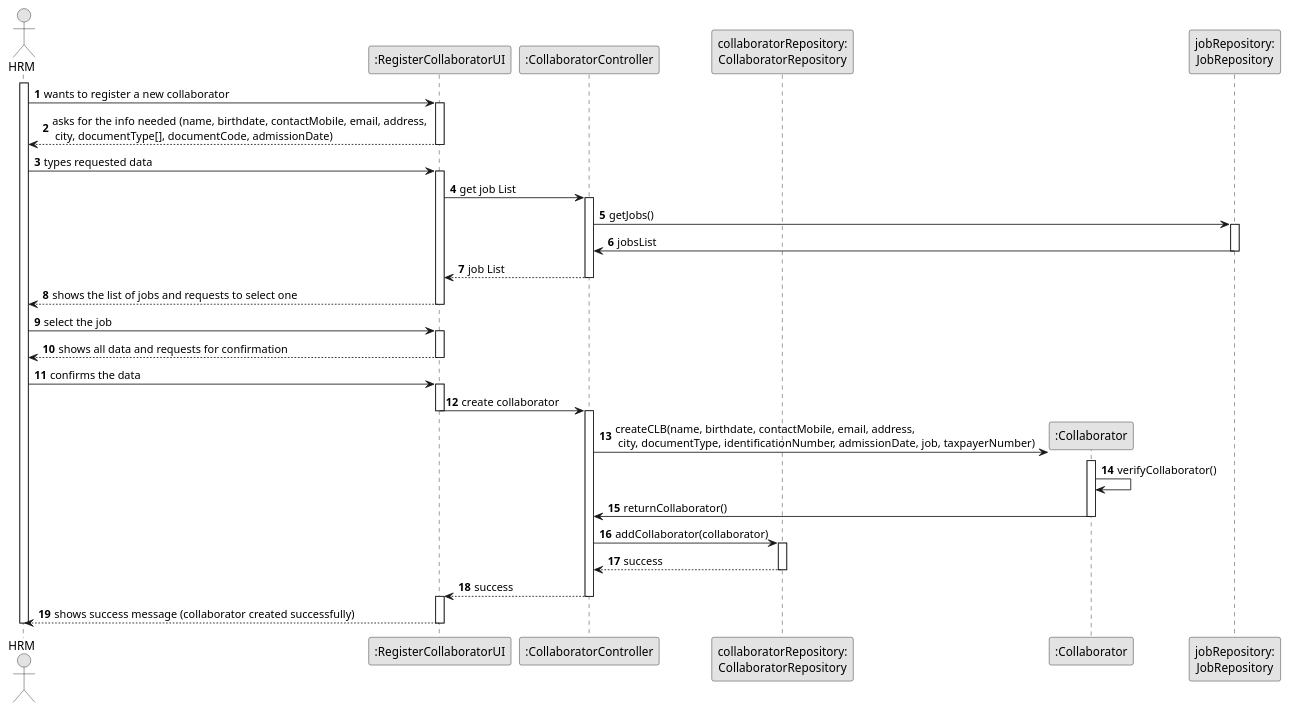
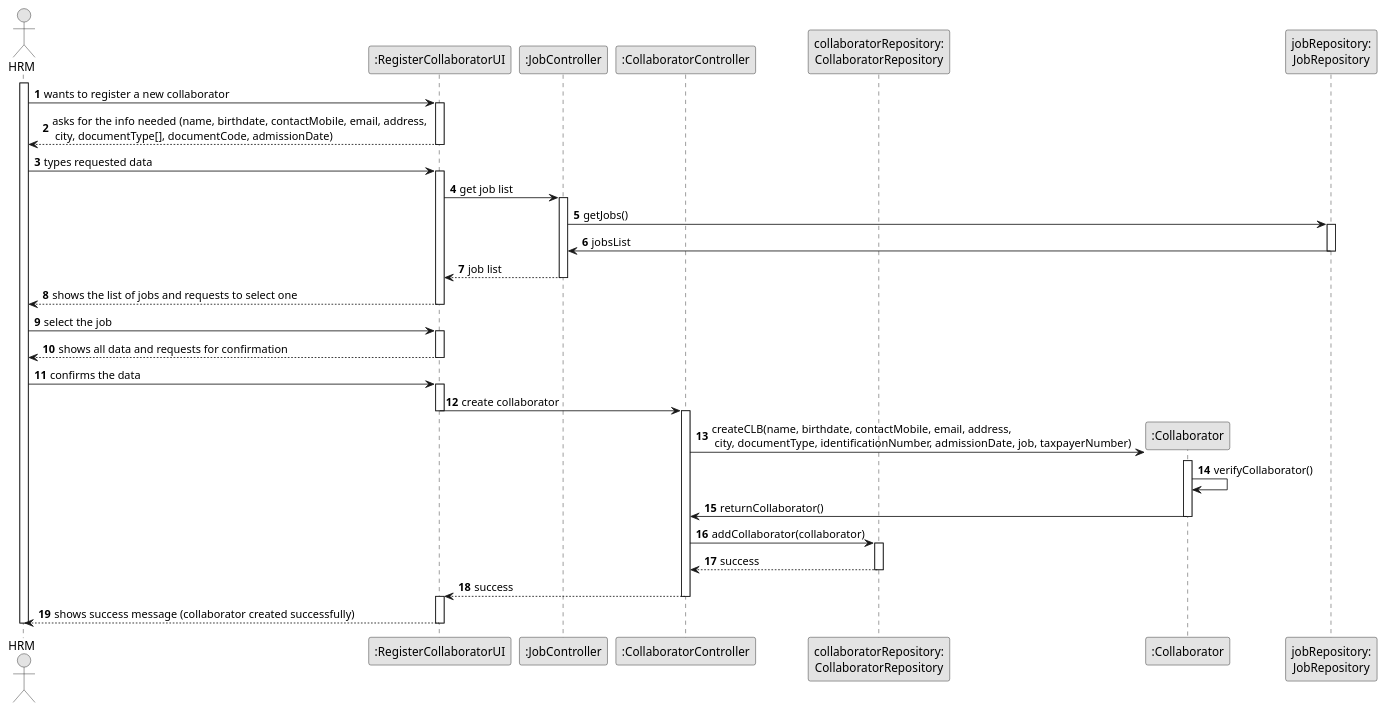
The diagram in docs/sprintB/us003/03.design/puml/us003-sequence-diagram-full.puml (RicardoMorim/lapr2-ISEP-Project), drawn with PlantUML before and after one commit. The commit also changed 3 other files, not shown here.

Commit message:
Updated design of US003 (sequence-diagram-full / sequence-diagram-parcial-get-job-list / sequence-diagram-parcial-register-collab)

```diff
--- a/docs/sprintB/us003/03.design/puml/us003-sequence-diagram-full.puml
+++ b/docs/sprintB/us003/03.design/puml/us003-sequence-diagram-full.puml
@@ -1,89 +1,90 @@
 @startuml
 skinparam monochrome true
 skinparam packageStyle rectangle
 skinparam shadowing false
 
 autonumber
 
 actor "HRM" as HRM
 participant ":RegisterCollaboratorUI" as UI
+participant ":JobController" as JC
 participant ":CollaboratorController" as CTRL
 participant "collaboratorRepository:\nCollaboratorRepository" as CLBREP
 participant ":Collaborator" as CLB
 participant "jobRepository:\nJobRepository" as jobRepository
 
 
 activate HRM
 
         HRM -> UI : wants to register a new collaborator
         activate UI
 
         UI --> HRM : asks for the info needed (name, birthdate, contactMobile, email, address, \n city, documentType[], documentCode, admissionDate)
         deactivate UI
 
         HRM -> UI : types requested data
         activate UI
 
-        UI -> CTRL: get job List
+        UI -> JC: get job list
 
 
-        activate CTRL
+        activate JC
 
-            CTRL -> jobRepository : getJobs()
+            JC -> jobRepository : getJobs()
             activate jobRepository
 
-            jobRepository -> CTRL : jobsList
+            jobRepository -> JC : jobsList
             deactivate jobRepository
 
 
-            CTRL --> UI : job List
-        deactivate CTRL
+            JC --> UI : job list
+        deactivate JC
 
 
 
         UI --> HRM : shows the list of jobs and requests to select one
         deactivate UI
 
 
         HRM -> UI : select the job
         activate UI
 
         UI --> HRM: shows all data and requests for confirmation
         deactivate UI
 
         HRM -> UI: confirms the data
         activate UI
 
         UI -> CTRL : create collaborator
 
         deactivate UI
 
         activate CTRL
 
             CTRL -> CLB** : createCLB(name, birthdate, contactMobile, email, address,\n city, documentType, identificationNumber, admissionDate, job, taxpayerNumber)
 
                 activate CLB
                     CLB -> CLB : verifyCollaborator()
 
                     CLB -> CTRL : returnCollaborator()
                 deactivate CLB
 
                 CTRL -> CLBREP: addCollaborator(collaborator)
 
                 activate CLBREP
 
                    CLBREP --> CTRL : success
                 deactivate CLBREP
 
                 CTRL --> UI : success
         deactivate CTRL
 
         activate UI
         UI --> HRM : shows success message (collaborator created successfully)
         deactivate UI
 
 
 deactivate HRM
 
 
 @enduml
```
